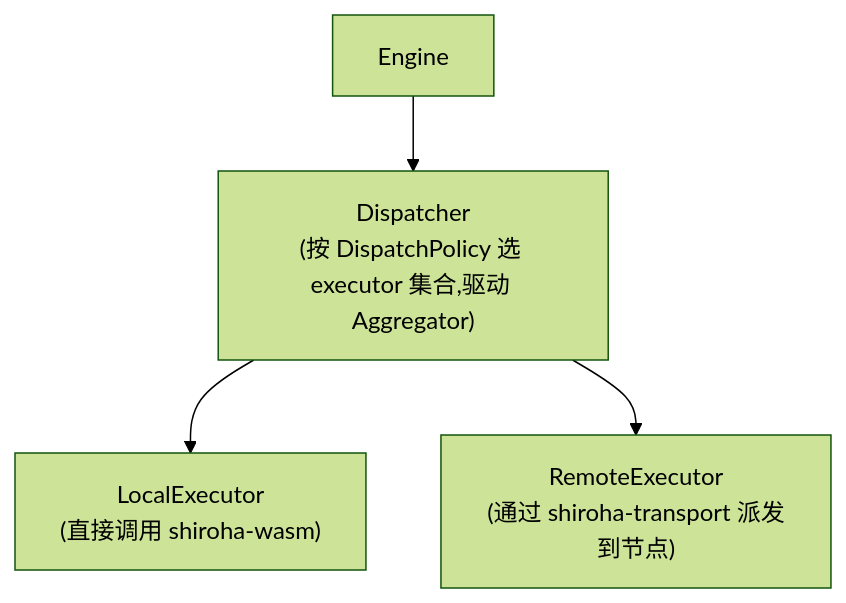
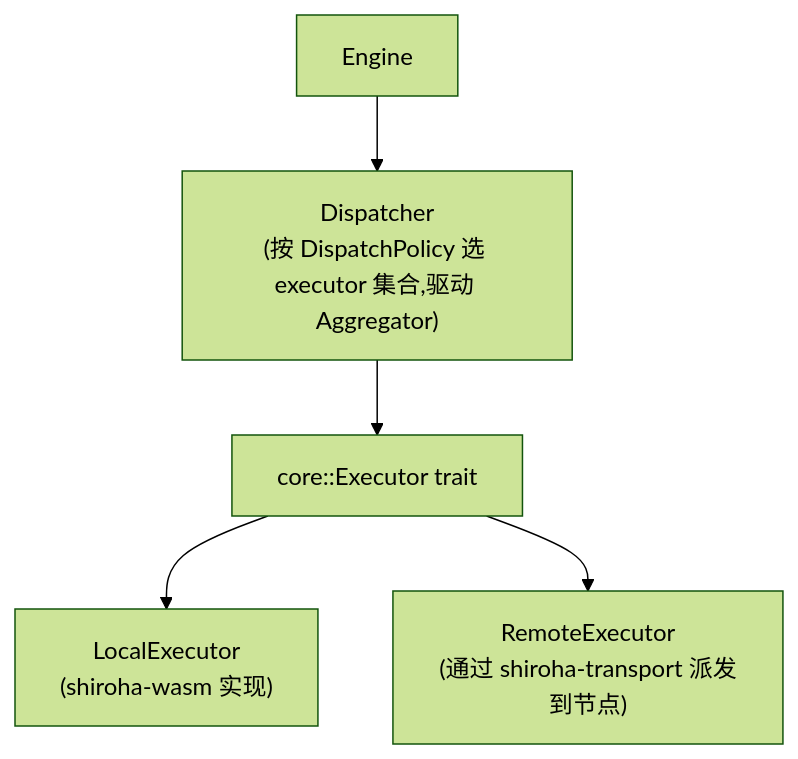
Before and after one commit to Hobr/Shiroha: the diagram in doc/dispatch.md, drawn with Mermaid (forest theme). The commit also changed other lines of this file and 12 other files, not shown here.

````diff
--- a/doc/dispatch.md
+++ b/doc/dispatch.md
@@ -11,6 +11,7 @@
 ```mermaid
 flowchart TB
     Engine[Engine] --> Dispatcher["Dispatcher<br/>(按 DispatchPolicy 选 executor 集合,驱动 Aggregator)"]
-    Dispatcher --> LocalExecutor["LocalExecutor<br/>(直接调用 shiroha-wasm)"]
-    Dispatcher --> RemoteExecutor["RemoteExecutor<br/>(通过 shiroha-transport 派发到节点)"]
+    Dispatcher --> Executor["core::Executor trait"]
+    Executor --> LocalExecutor["LocalExecutor<br/>(shiroha-wasm 实现)"]
+    Executor --> RemoteExecutor["RemoteExecutor<br/>(通过 shiroha-transport 派发到节点)"]
 ```
````
